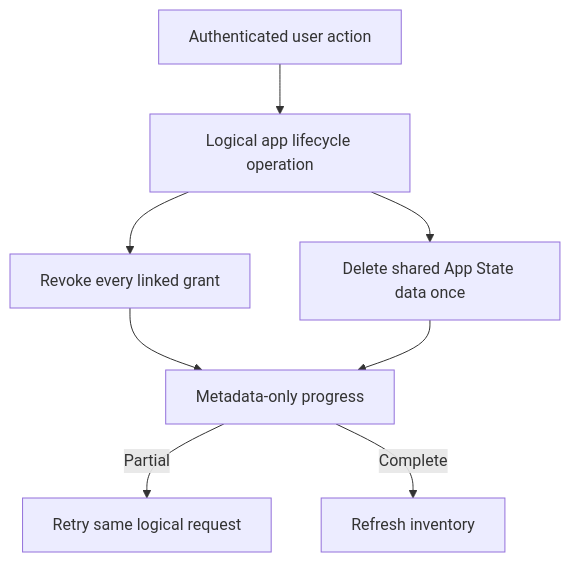
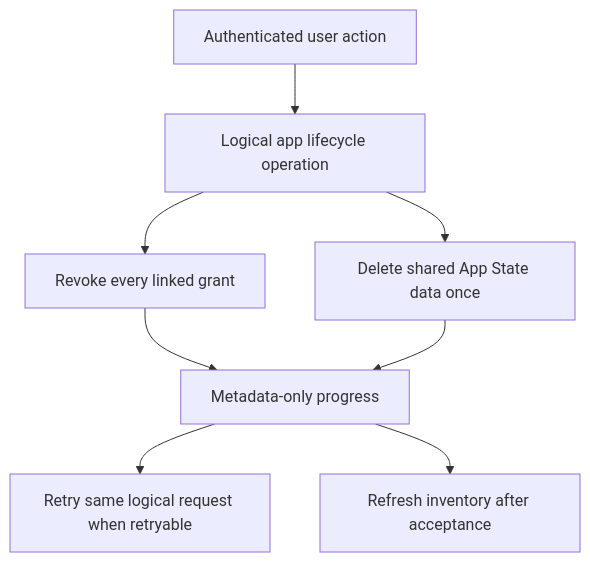
The diagram in docs/user_related_apis_versioned/app-state/lifecycle.mdx (quran/qf-api-docs), drawn with Mermaid before and after one commit. The commit also changed other lines of this file and 6 other files, not shown here.

````diff
--- a/docs/user_related_apis_versioned/app-state/lifecycle.mdx
+++ b/docs/user_related_apis_versioned/app-state/lifecycle.mdx
@@ -36,10 +53,10 @@
 ```mermaid
 flowchart TD
     U[Authenticated user action] --> L[Logical app lifecycle operation]
     L --> R[Revoke every linked grant]
     L --> D[Delete shared App State data once]
     R --> P[Metadata-only progress]
     D --> P
-    P -->|Partial| T[Retry same logical request]
-    P -->|Complete| F[Refresh inventory]
+    P --> T[Retry same logical request when retryable]
+    P --> F[Refresh inventory after acceptance]
 ```
````
